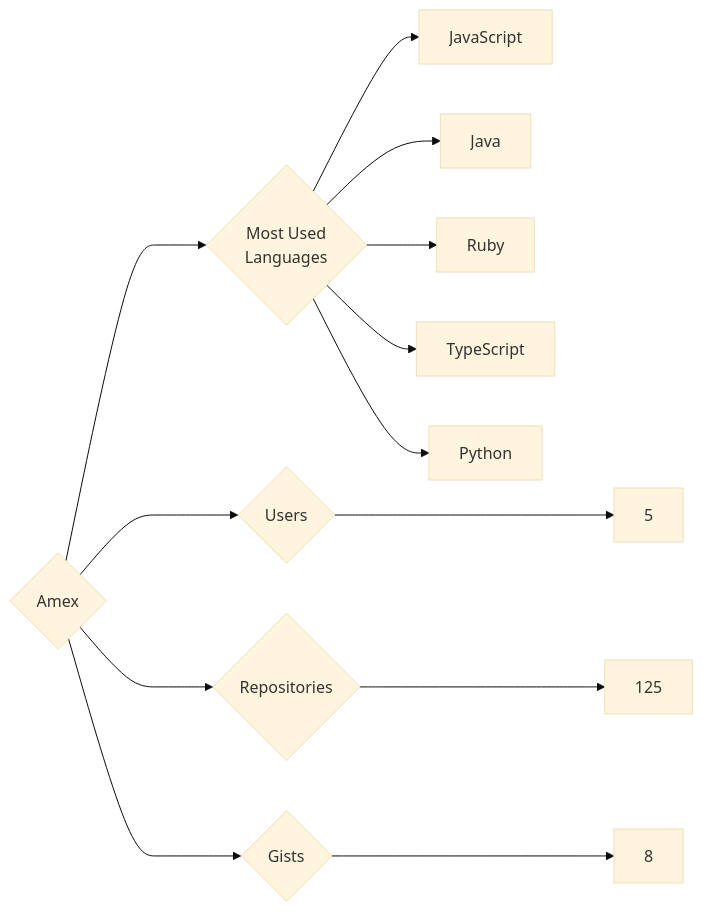
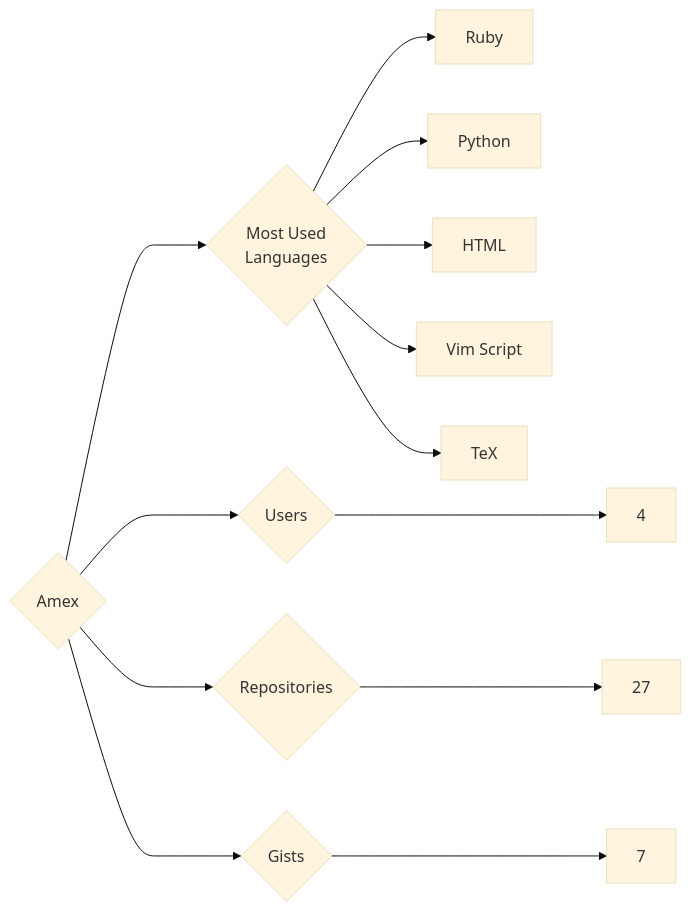
Before and after one commit to trickest/insiders: the diagram in targets/Amex/README.md, drawn with Mermaid (base theme). The commit also changed 657 other files, not shown here.

````diff
--- a/targets/Amex/README.md
+++ b/targets/Amex/README.md
@@ -3,13 +3,13 @@
 ```mermaid
 graph LR
 COMPANY_NAME{Amex}
-COMPANY_NAME ---> U{Users} ---> UN[5]
-COMPANY_NAME ---> R{Repositories} ---> RN[125]
-COMPANY_NAME ---> G{Gists} ---> GN[8]
+COMPANY_NAME ---> U{Users} ---> UN[4]
+COMPANY_NAME ---> R{Repositories} ---> RN[27]
+COMPANY_NAME ---> G{Gists} ---> GN[7]
 COMPANY_NAME ---> ML{Most Used<br>Languages}
-ML --> JavaScript[JavaScript]
-ML --> Java[Java]
 ML --> Ruby[Ruby]
-ML --> TypeScript[TypeScript]
 ML --> Python[Python]
+ML --> HTML[HTML]
+ML --> Vim_Script[Vim Script]
+ML --> TeX[TeX]
 ```
````
